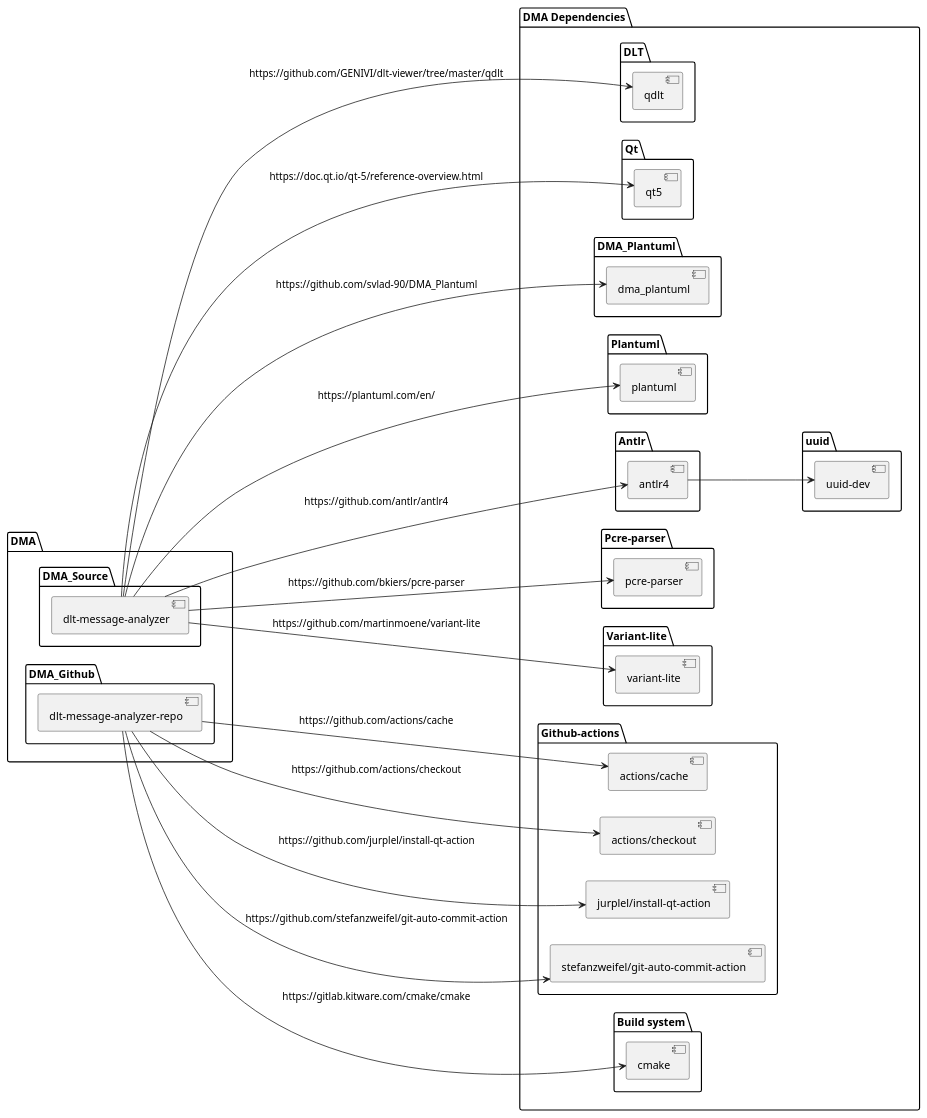
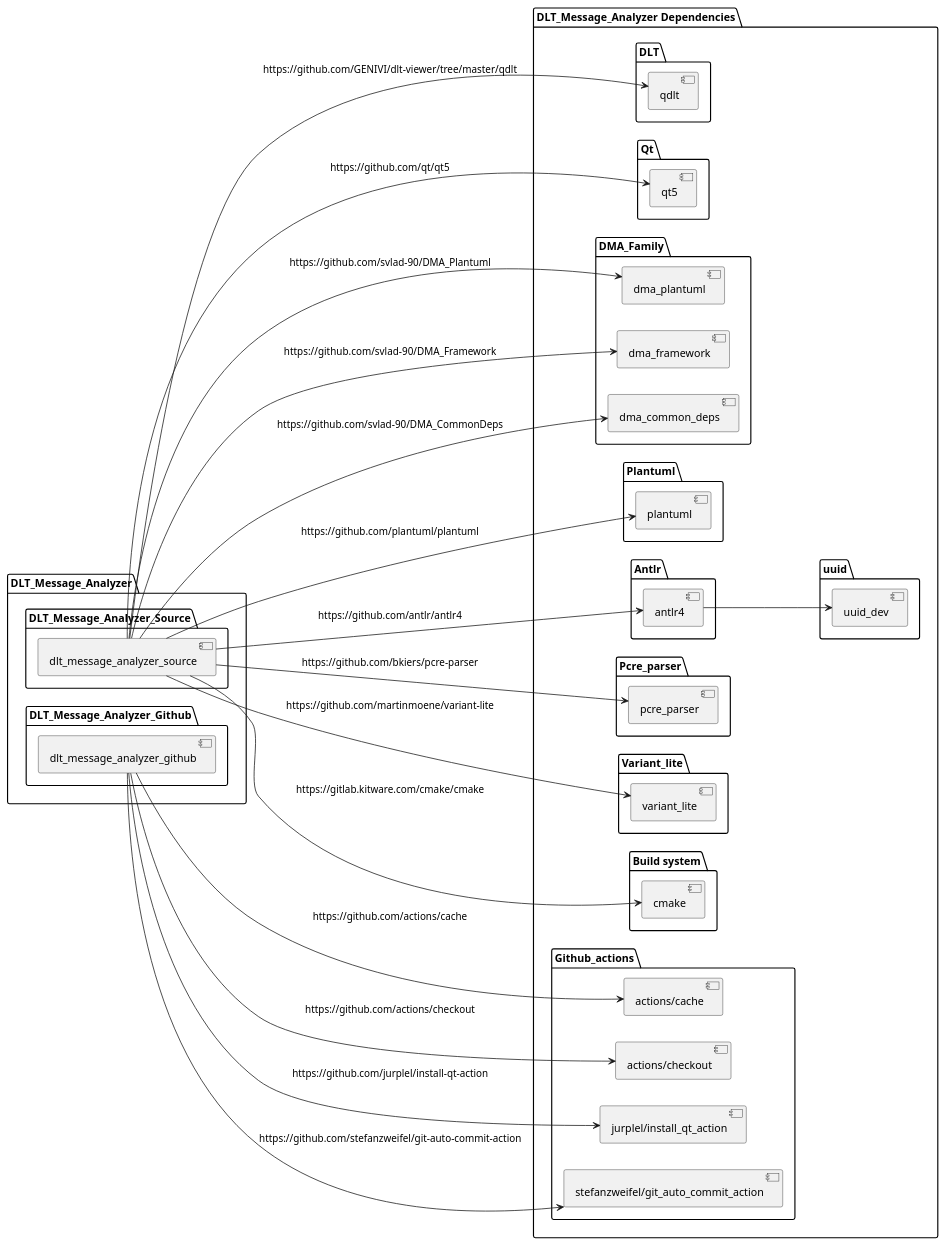
The diagram in md/thirdparty_deps/thirdparty_deps.puml (svlad-90/DLT-Message-Analyzer), drawn with PlantUML before and after one commit. The commit also changed 9 other files, not shown here.

```diff
--- a/md/thirdparty_deps/thirdparty_deps.puml
+++ b/md/thirdparty_deps/thirdparty_deps.puml
@@ -1,77 +1,81 @@
 @startuml
 
 left to right direction
 
-package "DMA" {
-    package "DMA_Source" {
-        [dlt-message-analyzer]
+package "DLT_Message_Analyzer" {
+    package "DLT_Message_Analyzer_Source" {
+        [dlt_message_analyzer_source]
     }
     
-    package "DMA_Github" {
-        [dlt-message-analyzer-repo]
+    package "DLT_Message_Analyzer_Github" {
+        [dlt_message_analyzer_github]
     }
 }
 
-package "DMA Dependencies" {
+package "DLT_Message_Analyzer Dependencies" {
     package "DLT" {
         [qdlt]
     }
 
     package "Qt" {
         [qt5]
     }
 
-    package "DMA_Plantuml" {
+    package "DMA_Family" {
         [dma_plantuml]
+        [dma_framework]
+        [dma_common_deps]
     }
 
     package "Plantuml" {
         [plantuml]
     }
 
     package "Antlr" {
         [antlr4]
     }
     
     package "uuid" {
-        [uuid-dev]
+        [uuid_dev]
     }
 
-    package "Pcre-parser" {
-        [pcre-parser]
+    package "Pcre_parser" {
+        [pcre_parser]
     }
 
-    package "Variant-lite" {
-        [variant-lite]
+    package "Variant_lite" {
+        [variant_lite]
     }
 
-    package "Github-actions"{
+    package "Github_actions"{
         [actions/cache]
         [actions/checkout]
-        [jurplel/install-qt-action]
-        [stefanzweifel/git-auto-commit-action]
+        [jurplel/install_qt_action]
+        [stefanzweifel/git_auto_commit_action]
     }
     
     package "Build system"{
         [cmake]
     }
 }
 
-[dlt-message-analyzer] --> [qt5] : https://doc.qt.io/qt-5/reference-overview.html
-[dlt-message-analyzer] --> [qdlt] : https://github.com/GENIVI/dlt-viewer/tree/master/qdlt
-[dlt-message-analyzer] --> [plantuml] : https://plantuml.com/en/
-[dlt-message-analyzer] --> [antlr4] : https://github.com/antlr/antlr4
-[dlt-message-analyzer] --> [pcre-parser] : https://github.com/bkiers/pcre-parser
-[dlt-message-analyzer] --> [variant-lite] : https://github.com/martinmoene/variant-lite
+[dlt_message_analyzer_source] --> [dma_common_deps] : https://github.com/svlad-90/DMA_CommonDeps
+[dlt_message_analyzer_source] --> [dma_framework] : https://github.com/svlad-90/DMA_Framework
+[dlt_message_analyzer_source] --> [dma_plantuml] : https://github.com/svlad-90/DMA_Plantuml
 
-[antlr4] --> [uuid-dev]
+[dlt_message_analyzer_source] --> [qt5] : https://github.com/qt/qt5
+[dlt_message_analyzer_source] --> [qdlt] : https://github.com/GENIVI/dlt-viewer/tree/master/qdlt
+[dlt_message_analyzer_source] --> [plantuml] : https://github.com/plantuml/plantuml
+[dlt_message_analyzer_source] --> [antlr4] : https://github.com/antlr/antlr4
+[dlt_message_analyzer_source] --> [pcre_parser] : https://github.com/bkiers/pcre-parser
+[dlt_message_analyzer_source] --> [variant_lite] : https://github.com/martinmoene/variant-lite
+[dlt_message_analyzer_source] --> [cmake] : https://gitlab.kitware.com/cmake/cmake
 
-[dlt-message-analyzer-repo] --> [actions/cache] : https://github.com/actions/cache
-[dlt-message-analyzer-repo] --> [actions/checkout] : https://github.com/actions/checkout
-[dlt-message-analyzer-repo] --> [jurplel/install-qt-action] : https://github.com/jurplel/install-qt-action
-[dlt-message-analyzer-repo] --> [stefanzweifel/git-auto-commit-action] : https://github.com/stefanzweifel/git-auto-commit-action
-[dlt-message-analyzer-repo] --> [cmake] : https://gitlab.kitware.com/cmake/cmake
+[antlr4] --> [uuid_dev]
 
-[dlt-message-analyzer] --> [dma_plantuml] : https://github.com/svlad-90/DMA_Plantuml
+[dlt_message_analyzer_github] --> [actions/cache] : https://github.com/actions/cache
+[dlt_message_analyzer_github] --> [actions/checkout] : https://github.com/actions/checkout
+[dlt_message_analyzer_github] --> [jurplel/install_qt_action] : https://github.com/jurplel/install-qt-action
+[dlt_message_analyzer_github] --> [stefanzweifel/git_auto_commit_action] : https://github.com/stefanzweifel/git-auto-commit-action
 
 @enduml
```
